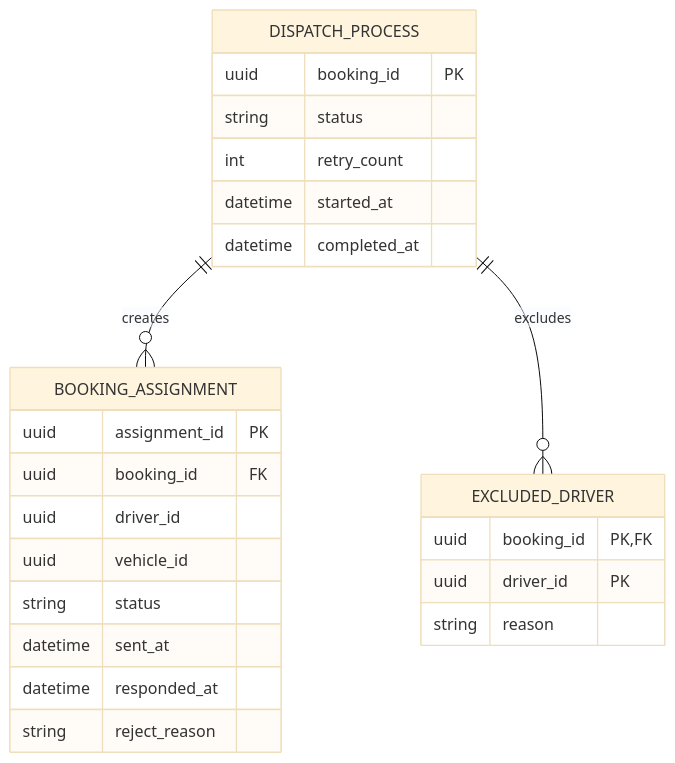
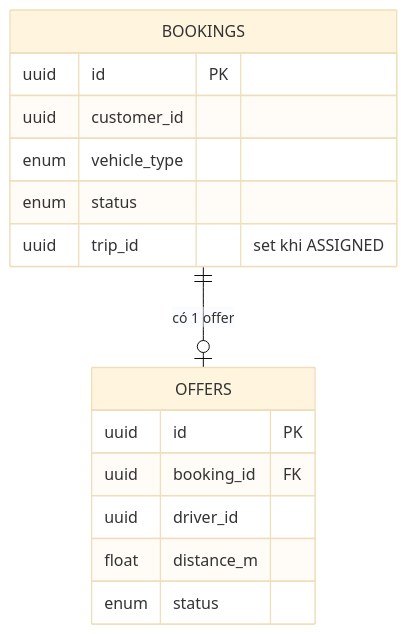
The fourth of 7 diagrams in microservice_design.md (vthaix/23674231_TranVanThai_Cabsystem), drawn with Mermaid (base theme) before and after one commit. The commit also changed other lines of this file and 3 other files, not shown here.

````diff
--- a/microservice_design.md
+++ b/microservice_design.md
@@ -1212,28 +408,18 @@
 ```mermaid
 erDiagram
-    DISPATCH_PROCESS ||--o{ BOOKING_ASSIGNMENT : creates
-    DISPATCH_PROCESS ||--o{ EXCLUDED_DRIVER : excludes
-
-    DISPATCH_PROCESS {
-        uuid booking_id PK
-        string status
-        int retry_count
-        datetime started_at
-        datetime completed_at
+    BOOKINGS ||--o| OFFERS : "có 1 offer"
+    BOOKINGS {
+        uuid id PK
+        uuid customer_id
+        enum vehicle_type
+        enum status
+        uuid trip_id "set khi ASSIGNED"
     }
-    BOOKING_ASSIGNMENT {
-        uuid assignment_id PK
+    OFFERS {
+        uuid id PK
         uuid booking_id FK
         uuid driver_id
-        uuid vehicle_id
-        string status
-        datetime sent_at
-        datetime responded_at
-        string reject_reason
-    }
-    EXCLUDED_DRIVER {
-        uuid booking_id PK,FK
-        uuid driver_id PK
-        string reason
+        float distance_m
+        enum status
     }
 ```
````
